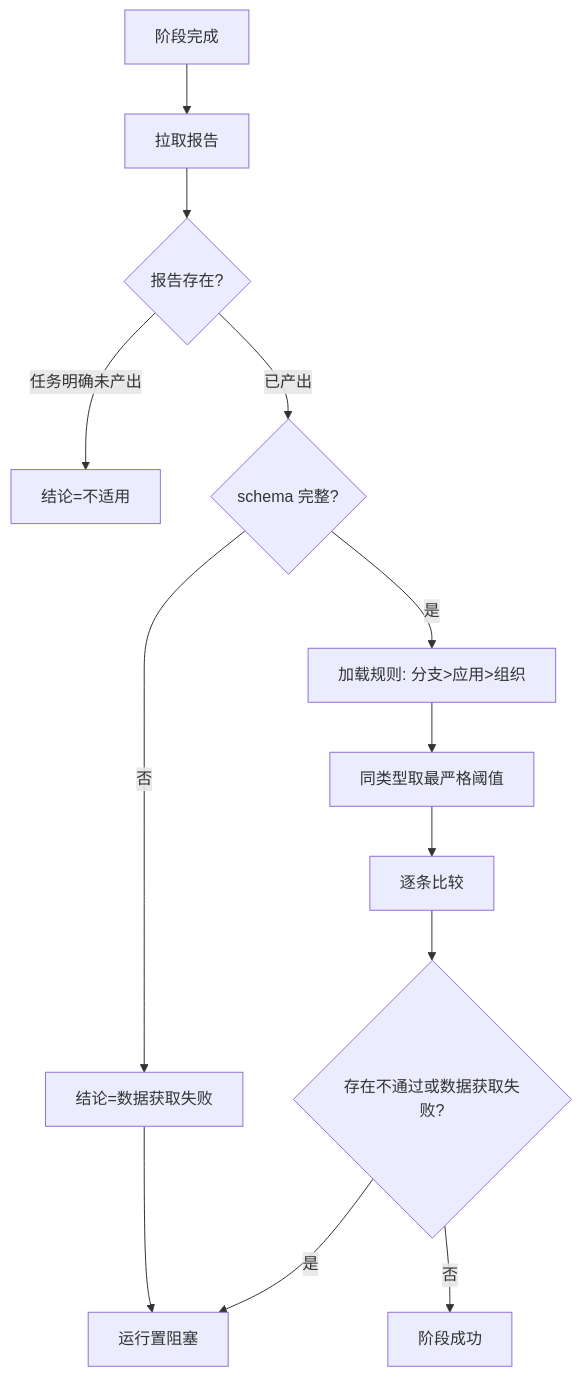
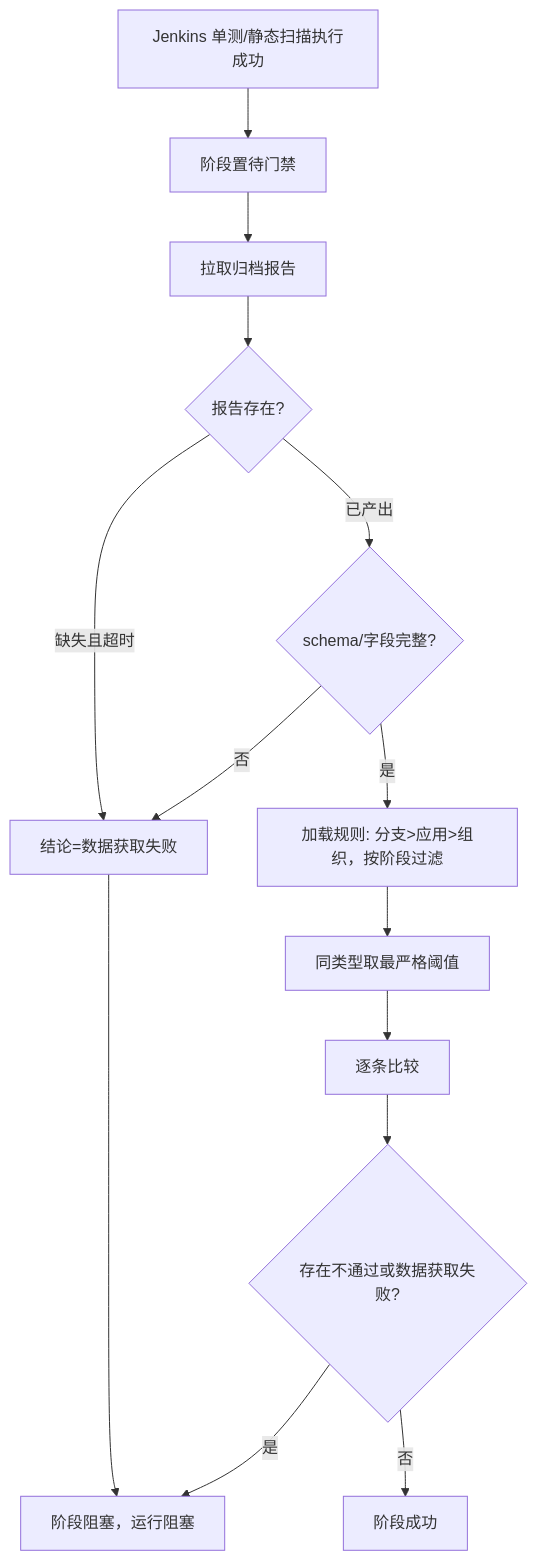
The fourth of 5 diagrams in docs/开发设计文档.md (hguanchao/Ferry), drawn with Mermaid before and after one commit. The commit also changed other lines of this file and 84 other files, not shown here.

````diff
--- a/docs/开发设计文档.md
+++ b/docs/开发设计文档.md
@@ -1927,15 +1907,16 @@
 ```mermaid
 flowchart TD
-    A[阶段完成] --> B[拉取报告]
-    B --> C{报告存在?}
-    C -- 任务明确未产出 --> D[结论=不适用]
-    C -- 已产出 --> E{schema 完整?}
-    E -- 否 --> F[结论=数据获取失败]
-    E -- 是 --> G[加载规则: 分支>应用>组织]
+    A[Jenkins 单测/静态扫描执行成功] --> B[阶段置待门禁]
+    B --> C[拉取归档报告]
+    C --> D{报告存在?}
+    D -- 缺失且超时 --> E[结论=数据获取失败]
+    D -- 已产出 --> F{schema/字段完整?}
+    F -- 否 --> E
+    F -- 是 --> G[加载规则: 分支>应用>组织，按阶段过滤]
     G --> H[同类型取最严格阈值]
     H --> I[逐条比较]
     I --> J{存在不通过或数据获取失败?}
-    J -- 是 --> K[运行置阻塞]
+    J -- 是 --> K[阶段阻塞，运行阻塞]
     J -- 否 --> L[阶段成功]
-    F --> K
+    E --> K
 ```
````
